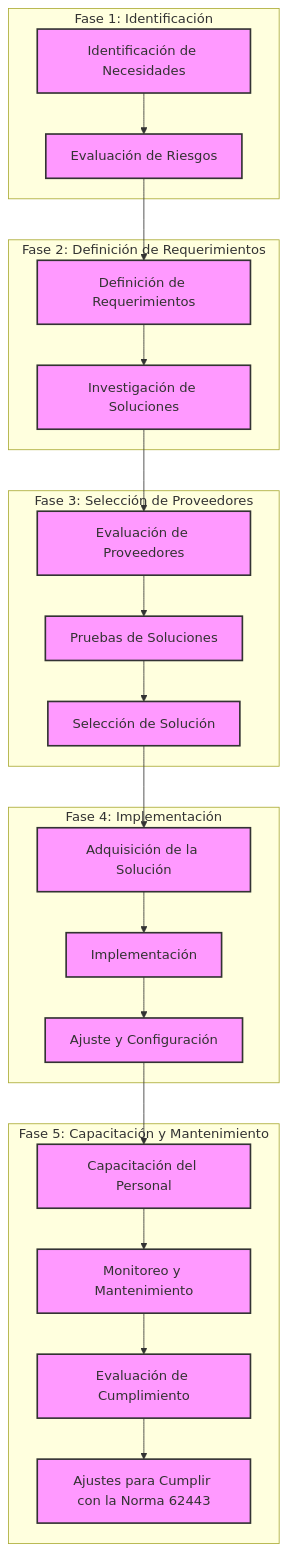
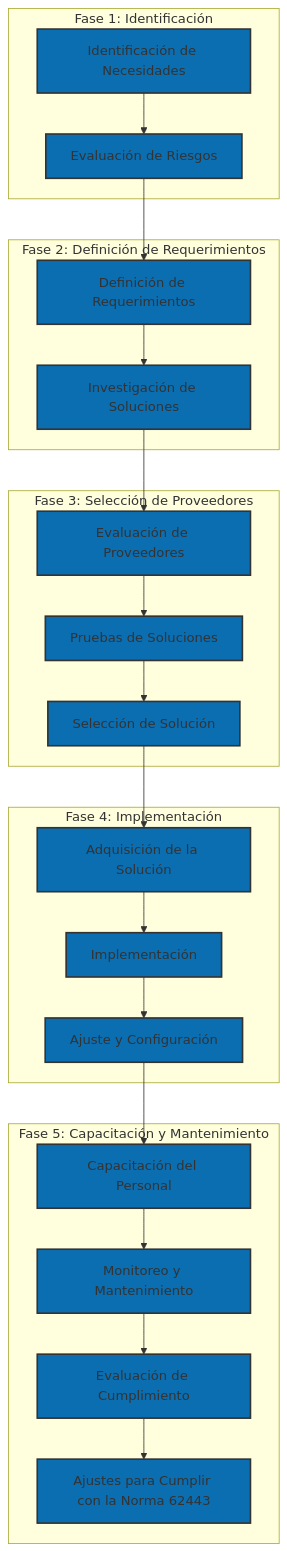
The diagram in content/_index.md (secureot/secureot.github.io), drawn with Mermaid before and after one commit.

```diff
--- a/content/_index.md
+++ b/content/_index.md
@@ -84,48 +84,48 @@
 {{< mermaid >}}
 graph TD;
     subgraph Fase 1: Identificación
         A[Identificación de Necesidades]
         B[Evaluación de Riesgos]
     end
 
     subgraph Fase 2: Definición de Requerimientos
         C[Definición de Requerimientos]
         D[Investigación de Soluciones]
     end
 
     subgraph Fase 3: Selección de Proveedores
         E[Evaluación de Proveedores]
         F[Pruebas de Soluciones]
         G[Selección de Solución]
     end
 
     subgraph Fase 4: Implementación
         H[Adquisición de la Solución]
         I[Implementación]
         J[Ajuste y Configuración]
     end
 
     subgraph Fase 5: Capacitación y Mantenimiento
         K[Capacitación del Personal]
         L[Monitoreo y Mantenimiento]
         M[Evaluación de Cumplimiento]
         N[Ajustes para Cumplir con la Norma 62443]
     end
 
     A --> B
     B --> C
     C --> D
     D --> E
     E --> F
     F --> G
     G --> H
     H --> I
     I --> J
     J --> K
     K --> L
     L --> M
     M --> N
 
-    classDef fase fill:#f9f,stroke:#333,stroke-width:2px;
+    classDef fase fill: #0B6EB1,stroke:#333,stroke-width:2px;
     class A,B,C,D,E,F,G,H,I,J,K,L,M,N fase;
 {{< /mermaid >}}
```
